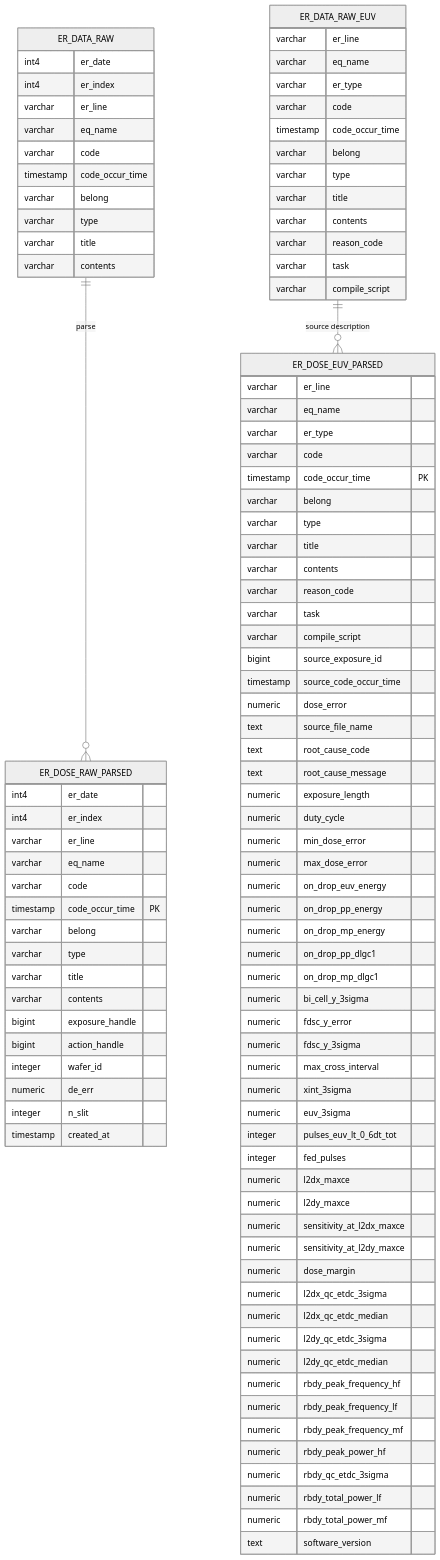
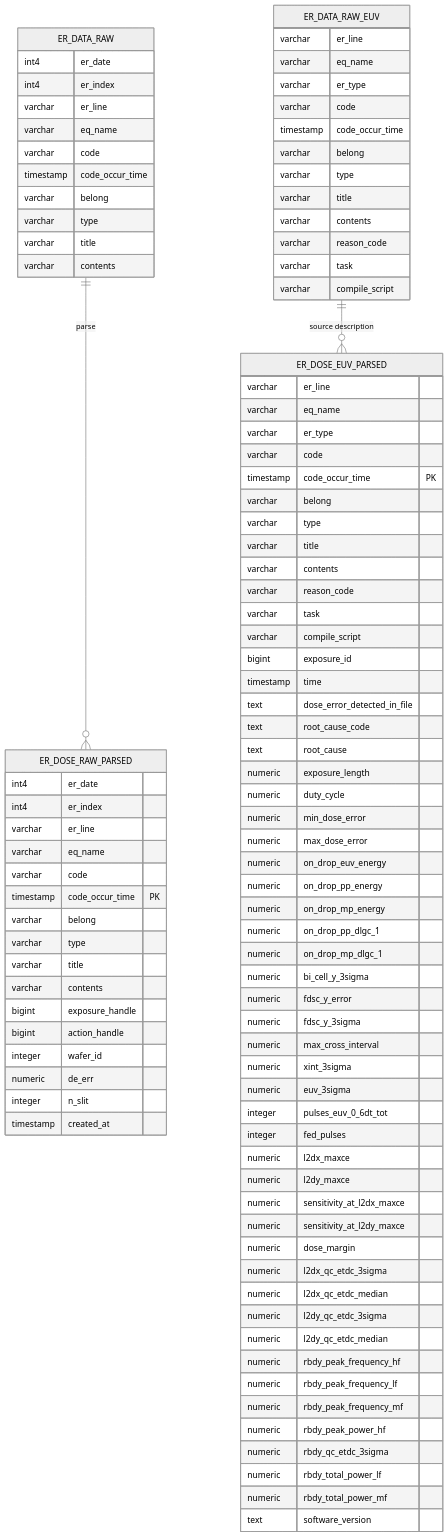
The diagram in ER_DOSE_ERROR.md (junho0831/PythonStudy), drawn with Mermaid (neutral theme) before and after one commit. The commit also changed other lines of this file and 9 other files, not shown here.

Commit message:
Refine ER dose EUV parsed schema

```diff
--- a/ER_DOSE_ERROR.md
+++ b/ER_DOSE_ERROR.md
@@ -100,12 +100,11 @@
         varchar reason_code
         varchar task
         varchar compile_script
-        bigint source_exposure_id
-        timestamp source_code_occur_time
-        numeric dose_error
-        text source_file_name
+        bigint exposure_id
+        timestamp time
+        text dose_error_detected_in_file
         text root_cause_code
-        text root_cause_message
+        text root_cause
         numeric exposure_length
         numeric duty_cycle
         numeric min_dose_error
@@ -113,15 +112,15 @@
         numeric on_drop_euv_energy
         numeric on_drop_pp_energy
         numeric on_drop_mp_energy
-        numeric on_drop_pp_dlgc1
-        numeric on_drop_mp_dlgc1
+        numeric on_drop_pp_dlgc_1
+        numeric on_drop_mp_dlgc_1
         numeric bi_cell_y_3sigma
         numeric fdsc_y_error
         numeric fdsc_y_3sigma
         numeric max_cross_interval
         numeric xint_3sigma
         numeric euv_3sigma
-        integer pulses_euv_lt_0_6dt_tot
+        integer pulses_euv_0_6dt_tot
         integer fed_pulses
         numeric l2dx_maxce
         numeric l2dy_maxce
```
